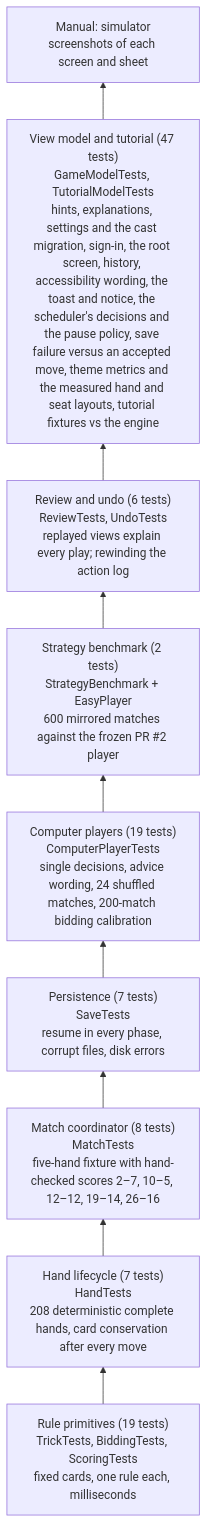
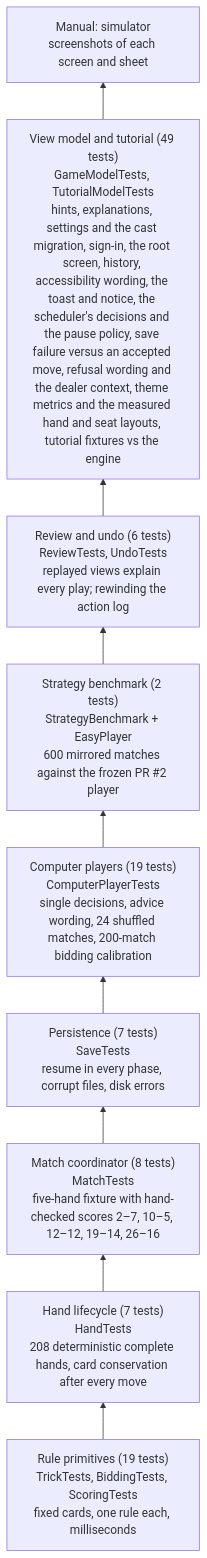
Before and after one commit to cmurphy1140/catch-5: the first of 2 diagrams in docs/testing.md, drawn with Mermaid. The commit also changed other lines of this file and 7 other files, not shown here.

First line of the commit message:
Refusal reasons, dealer bid context and a 9-and-out confirmation (#26)

````diff
--- a/docs/testing.md
+++ b/docs/testing.md
@@ -40,13 +40,13 @@
 ```mermaid
 flowchart BT
     L1["Rule primitives (19 tests)<br/>TrickTests, BiddingTests, ScoringTests<br/>fixed cards, one rule each, milliseconds"]
     L2["Hand lifecycle (7 tests)<br/>HandTests<br/>208 deterministic complete hands, card conservation after every move"]
     L3["Match coordinator (8 tests)<br/>MatchTests<br/>five-hand fixture with hand-checked scores 2–7, 10–5, 12–12, 19–14, 26–16"]
     L4["Persistence (7 tests)<br/>SaveTests<br/>resume in every phase, corrupt files, disk errors"]
     L5["Computer players (19 tests)<br/>ComputerPlayerTests<br/>single decisions, advice wording, 24 shuffled matches, 200-match bidding calibration"]
     L5b["Strategy benchmark (2 tests)<br/>StrategyBenchmark + EasyPlayer<br/>600 mirrored matches against the frozen PR #2 player"]
     L5c["Review and undo (6 tests)<br/>ReviewTests, UndoTests<br/>replayed views explain every play; rewinding the action log"]
-    L6["View model and tutorial (47 tests)<br/>GameModelTests, TutorialModelTests<br/>hints, explanations, settings and the cast migration, sign-in, the root screen, history, accessibility wording, the toast and notice, the scheduler's decisions and the pause policy, save failure versus an accepted move, theme metrics and the measured hand and seat layouts, tutorial fixtures vs the engine"]
+    L6["View model and tutorial (49 tests)<br/>GameModelTests, TutorialModelTests<br/>hints, explanations, settings and the cast migration, sign-in, the root screen, history, accessibility wording, the toast and notice, the scheduler's decisions and the pause policy, save failure versus an accepted move, refusal wording and the dealer context, theme metrics and the measured hand and seat layouts, tutorial fixtures vs the engine"]
     L7["Manual: simulator<br/>screenshots of each screen and sheet"]
     L1 --> L2 --> L3 --> L4 --> L5 --> L5b --> L5c --> L6 --> L7
 ```
````
